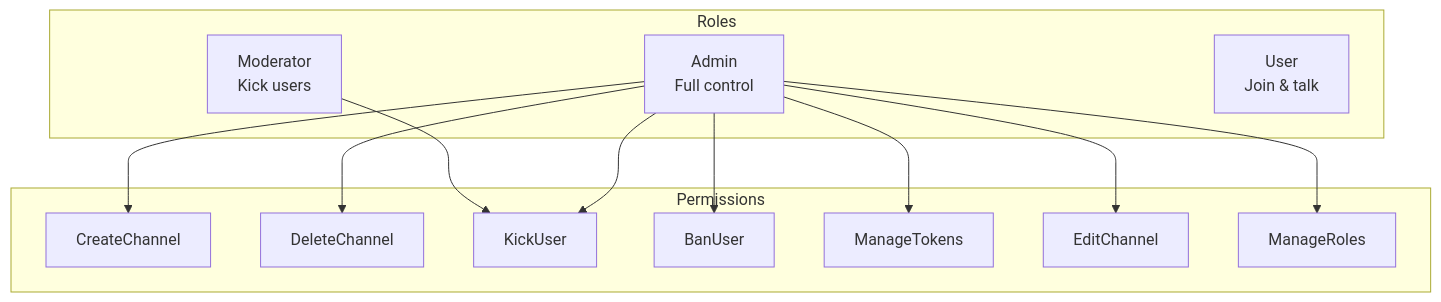
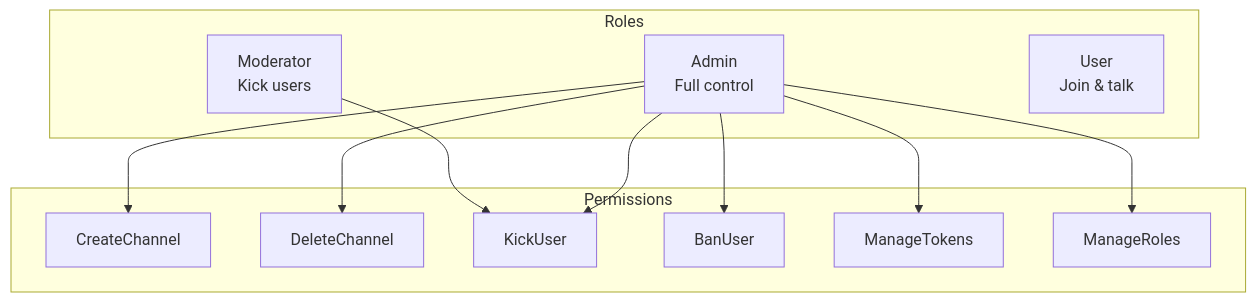
The fourth of 4 diagrams in docs/security.md (NicolasHaas/gospeak), drawn with Mermaid before and after one commit. The commit also changed 4 other files, not shown here.

````diff
--- a/docs/security.md
+++ b/docs/security.md
@@ -194,27 +194,25 @@
 ```mermaid
 graph TB
     subgraph Roles
         ADMIN[Admin<br/>Full control]
         MOD[Moderator<br/>Kick users]
         USER[User<br/>Join & talk]
     end
 
     subgraph Permissions
         P1[CreateChannel]
         P2[DeleteChannel]
         P3[KickUser]
         P4[BanUser]
         P5[ManageTokens]
-        P6[EditChannel]
         P7[ManageRoles]
     end
 
     ADMIN --> P1
     ADMIN --> P2
     ADMIN --> P3
     ADMIN --> P4
     ADMIN --> P5
-    ADMIN --> P6
     ADMIN --> P7
     MOD --> P3
 ```
````
